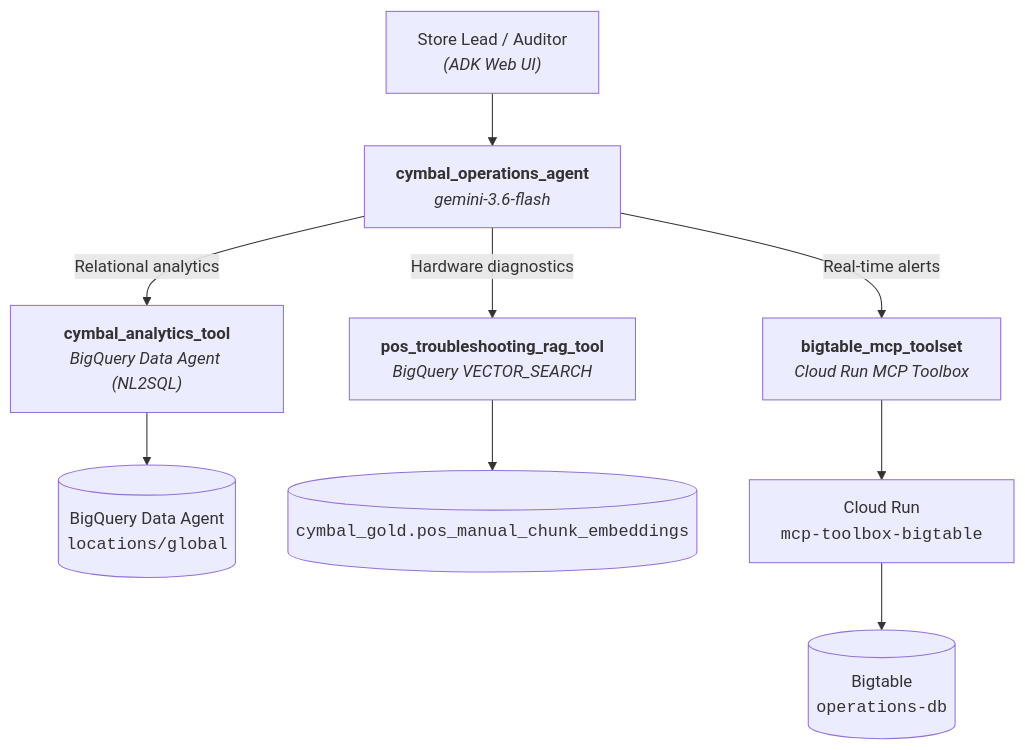
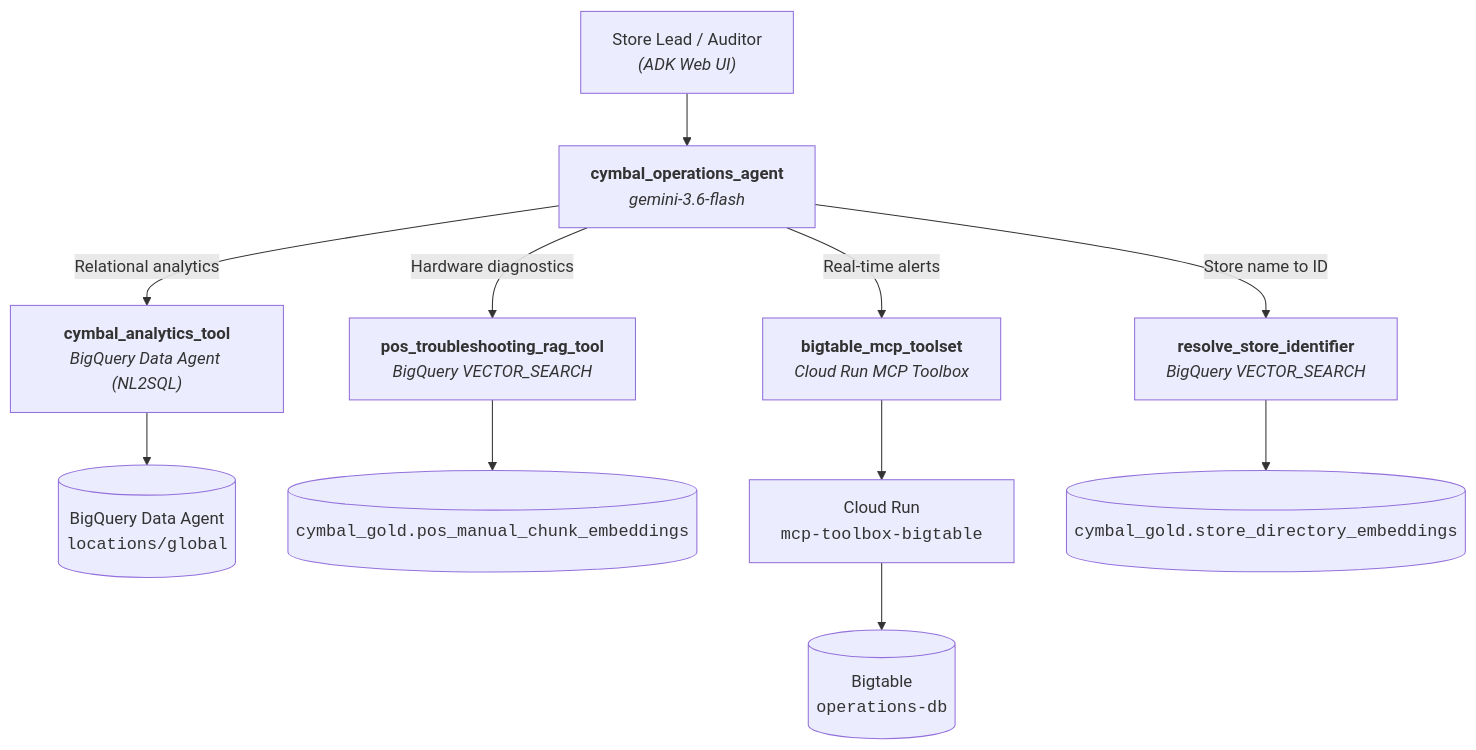
The diagram in cymbal-agent/README.md (vanchee/elevate-da-adv-day3-labs-agent), drawn with Mermaid before and after one commit. The commit also changed other lines of this file and 3 other files, not shown here.

````diff
--- a/cymbal-agent/README.md
+++ b/cymbal-agent/README.md
@@ -13,12 +13,14 @@
 ```mermaid
 flowchart TD
     User["Store Lead / Auditor<br><i>(ADK Web UI)</i>"] --> Coordinator["<b>cymbal_operations_agent</b><br><i>gemini-3.6-flash</i>"]
 
     Coordinator -->|Relational analytics| T1["<b>cymbal_analytics_tool</b><br><i>BigQuery Data Agent (NL2SQL)</i>"]
     Coordinator -->|Hardware diagnostics| T2["<b>pos_troubleshooting_rag_tool</b><br><i>BigQuery VECTOR_SEARCH</i>"]
     Coordinator -->|Real-time alerts| T3["<b>bigtable_mcp_toolset</b><br><i>Cloud Run MCP Toolbox</i>"]
+    Coordinator -->|Store name to ID| T4["<b>resolve_store_identifier</b><br><i>BigQuery VECTOR_SEARCH</i>"]
 
     T1 --> BQCA[("BigQuery Data Agent<br><code>locations/global</code>")]
     T2 --> BQV[("<code>cymbal_gold.pos_manual_chunk_embeddings</code>")]
     T3 --> CR["Cloud Run<br><code>mcp-toolbox-bigtable</code>"] --> BT[("Bigtable<br><code>operations-db</code>")]
+    T4 --> BQS[("<code>cymbal_gold.store_directory_embeddings</code>")]
 ```
````
